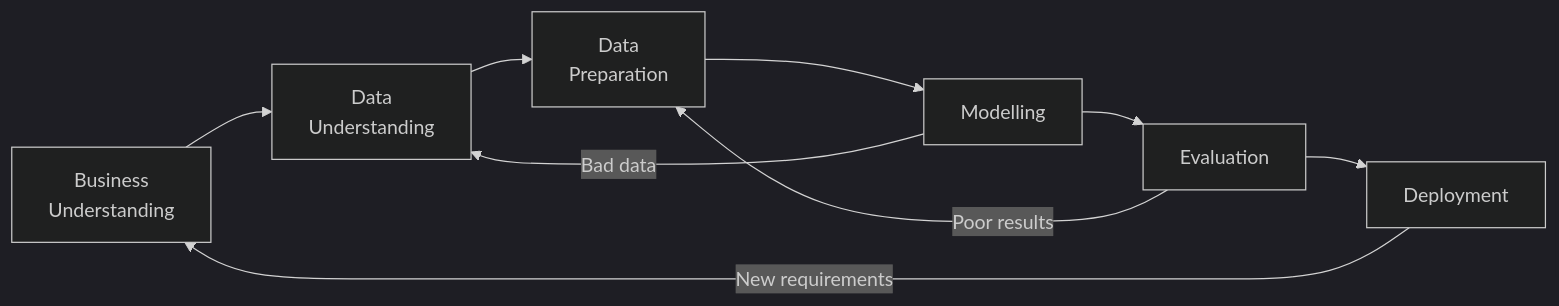
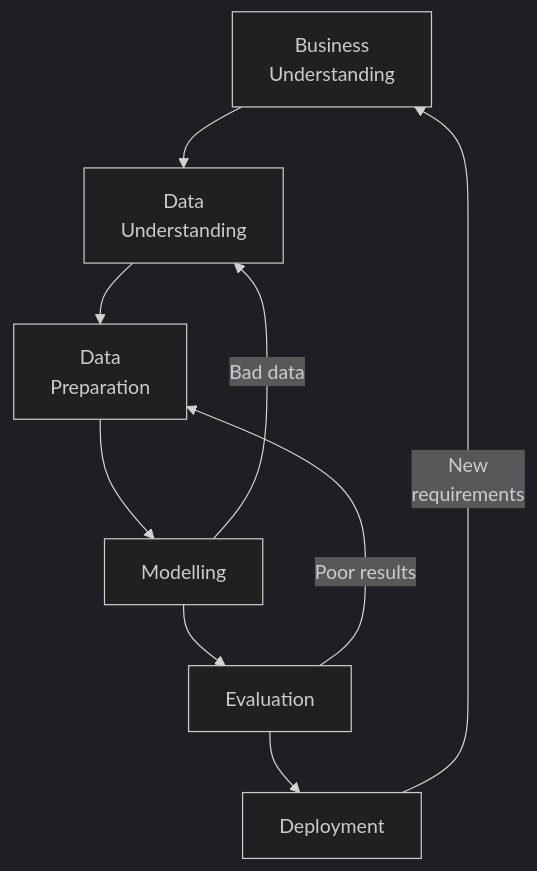
Before and after one commit to amitdevx/TY: the fourth of 4 diagrams in 01-Semester-V/CS-307-MJ-T-Data-Science-Analytics/Unit-1.md, drawn with Mermaid (dark theme). The commit also changed other lines of this file and 65 other files, not shown here.

Commit message:
fix:graph vertical

````diff
--- a/01-Semester-V/CS-307-MJ-T-Data-Science-Analytics/Unit-1.md
+++ b/01-Semester-V/CS-307-MJ-T-Data-Science-Analytics/Unit-1.md
@@ -176,11 +176,11 @@
 ```mermaid
-graph LR
+graph TD
     BU[ Business<br>Understanding] --> DU[ Data<br>Understanding]
     DU --> DP[ Data<br>Preparation]
     DP --> M[ Modelling]
     M --> E[ Evaluation]
     E --> D[ Deployment]
-    D -->|New requirements| BU
+    D -->|New<br/>requirements| BU
     E -->|Poor results| DP
     M -->|Bad data| DU
 ```
````
